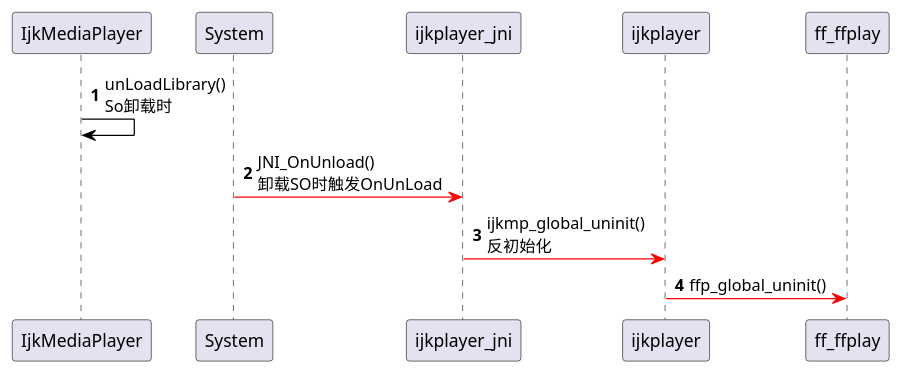
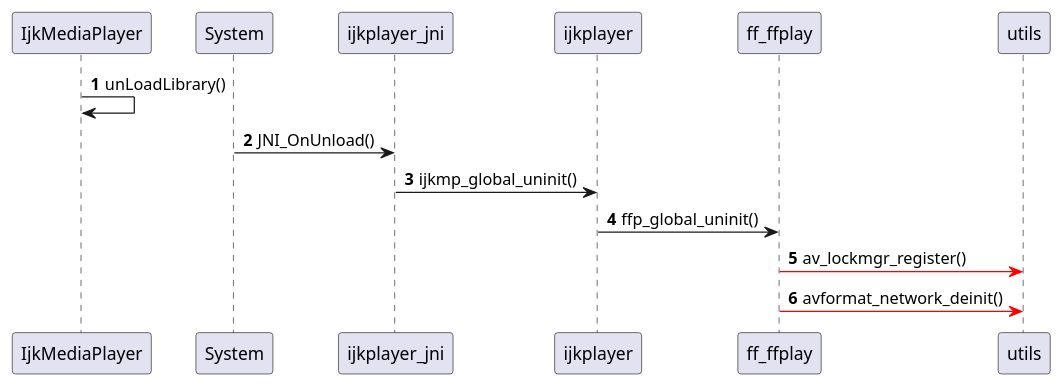
One commit to biezhihua/SMusic changed the diagram in doc/IjkPlayer/Sequence/ijkplayer_jni-unload.puml. Above: the diagram before and after it, drawn with PlantUML. The commit also changed 16 other files, not shown here.

```diff
--- a/doc/IjkPlayer/Sequence/ijkplayer_jni-unload.puml
+++ b/doc/IjkPlayer/Sequence/ijkplayer_jni-unload.puml
@@ -1,12 +1,16 @@
 @startuml
 autonumber
 
-IjkMediaPlayer [#000000]-> IjkMediaPlayer:unLoadLibrary()\nSo卸载时
+IjkMediaPlayer -> IjkMediaPlayer:unLoadLibrary()
 
-System [#FF0000]-> ijkplayer_jni:JNI_OnUnload()\n卸载SO时触发OnUnLoad
+System -> ijkplayer_jni:JNI_OnUnload()
 
-ijkplayer_jni [#FF0000]-> ijkplayer:ijkmp_global_uninit()\n反初始化
+ijkplayer_jni -> ijkplayer:ijkmp_global_uninit()
 
-ijkplayer [#FF0000]-> ff_ffplay:ffp_global_uninit()
+ijkplayer -> ff_ffplay:ffp_global_uninit()
+
+ff_ffplay [#red]-> utils:av_lockmgr_register()
+
+ff_ffplay [#red]-> utils:avformat_network_deinit()
 
 @enduml
```
